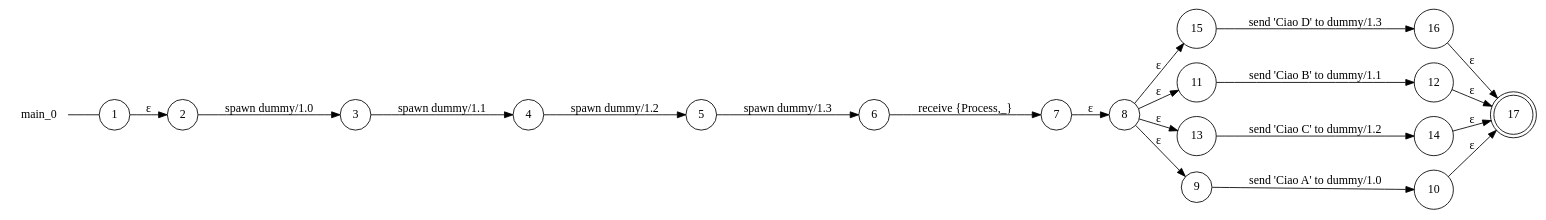
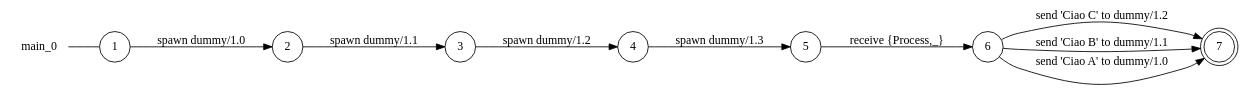
Before and after one commit to gabrielegenovese/chorer: the diagram in examples/conditional-case/main_0_local_view.dot, drawn with Graphviz. The commit also changed 12 other files, not shown here.

```diff
--- a/examples/conditional-case/main_0_local_view.dot
+++ b/examples/conditional-case/main_0_local_view.dot
@@ -1,42 +1,21 @@
 digraph main_0 {
 	rankdir="LR";
 	n_0 [label="main_0", shape="plaintext"];
-	n_1 [id="5", shape=circle, label="5"];
-	n_2 [id="15", shape=circle, label="15"];
-	n_3 [id="12", shape=circle, label="12"];
-	n_4 [id="11", shape=circle, label="11"];
-	n_5 [id="17", shape=doublecircle, label="17"];
-	n_6 [id="14", shape=circle, label="14"];
-	n_7 [id="6", shape=circle, label="6"];
-	n_8 [id="13", shape=circle, label="13"];
-	n_9 [id="10", shape=circle, label="10"];
-	n_10 [id="1", shape=circle, label="1"];
-	n_0 -> n_10 [arrowhead=none];
-	n_11 [id="9", shape=circle, label="9"];
-	n_12 [id="2", shape=circle, label="2"];
-	n_13 [id="8", shape=circle, label="8"];
-	n_14 [id="4", shape=circle, label="4"];
-	n_15 [id="7", shape=circle, label="7"];
-	n_16 [id="3", shape=circle, label="3"];
-	n_17 [id="16", shape=circle, label="16"];
+	n_1 [id="5", shape=circle, label="6"];
+	n_2 [id="10", shape=circle, label="3"];
+	n_3 [id="1", shape=circle, label="1"];
+	n_0 -> n_3 [arrowhead=none];
+	n_4 [id="9", shape=circle, label="5"];
+	n_5 [id="2", shape=circle, label="2"];
+	n_6 [id="4", shape=circle, label="4"];
+	n_7 [id="3", shape=doublecircle, label="7"];
 
-	n_4 -> n_3 [id="[$e|10]", label="send 'Ciao B' to dummy/1.1"];
-	n_13 -> n_8 [id="[$e|11]", label="ɛ"];
-	n_13 -> n_4 [id="[$e|9]", label="ɛ"];
-	n_6 -> n_5 [id="[$e|17]", label="ɛ"];
-	n_8 -> n_6 [id="[$e|12]", label="send 'Ciao C' to dummy/1.2"];
-	n_11 -> n_9 [id="[$e|8]", label="send 'Ciao A' to dummy/1.0"];
-	n_2 -> n_17 [id="[$e|14]", label="send 'Ciao D' to dummy/1.3"];
-	n_15 -> n_13 [id="[$e|6]", label="ɛ"];
-	n_14 -> n_1 [id="[$e|3]", label="spawn dummy/1.2"];
-	n_17 -> n_5 [id="[$e|18]", label="ɛ"];
-	n_3 -> n_5 [id="[$e|16]", label="ɛ"];
-	n_16 -> n_14 [id="[$e|2]", label="spawn dummy/1.1"];
-	n_13 -> n_2 [id="[$e|13]", label="ɛ"];
-	n_7 -> n_15 [id="[$e|5]", label="receive {Process,_}"];
-	n_9 -> n_5 [id="[$e|15]", label="ɛ"];
-	n_12 -> n_16 [id="[$e|1]", label="spawn dummy/1.0"];
-	n_1 -> n_7 [id="[$e|4]", label="spawn dummy/1.3"];
-	n_13 -> n_11 [id="[$e|7]", label="ɛ"];
-	n_10 -> n_12 [id="[$e|0]", label="ɛ"];
+	n_1 -> n_7 [id="[$e|10]", label="send 'Ciao C' to dummy/1.2"];
+	n_1 -> n_7 [id="[$e|9]", label="send 'Ciao B' to dummy/1.1"];
+	n_5 -> n_2 [id="[$e|8]", label="spawn dummy/1.1"];
+	n_1 -> n_7 [id="[$e|3]", label="send 'Ciao A' to dummy/1.0"];
+	n_6 -> n_4 [id="[$e|2]", label="spawn dummy/1.3"];
+	n_2 -> n_6 [id="[$e|1]", label="spawn dummy/1.2"];
+	n_4 -> n_1 [id="[$e|4]", label="receive {Process,_}"];
+	n_3 -> n_5 [id="[$e|0]", label="spawn dummy/1.0"];
 }
```
